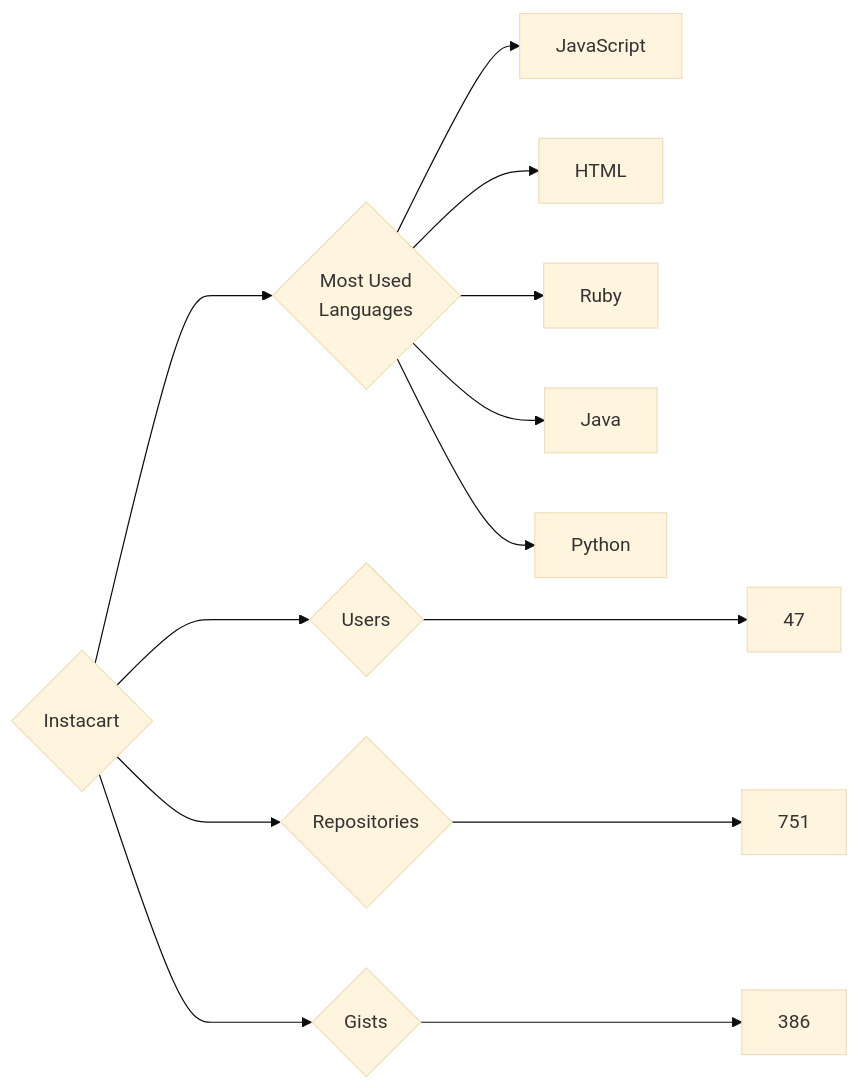
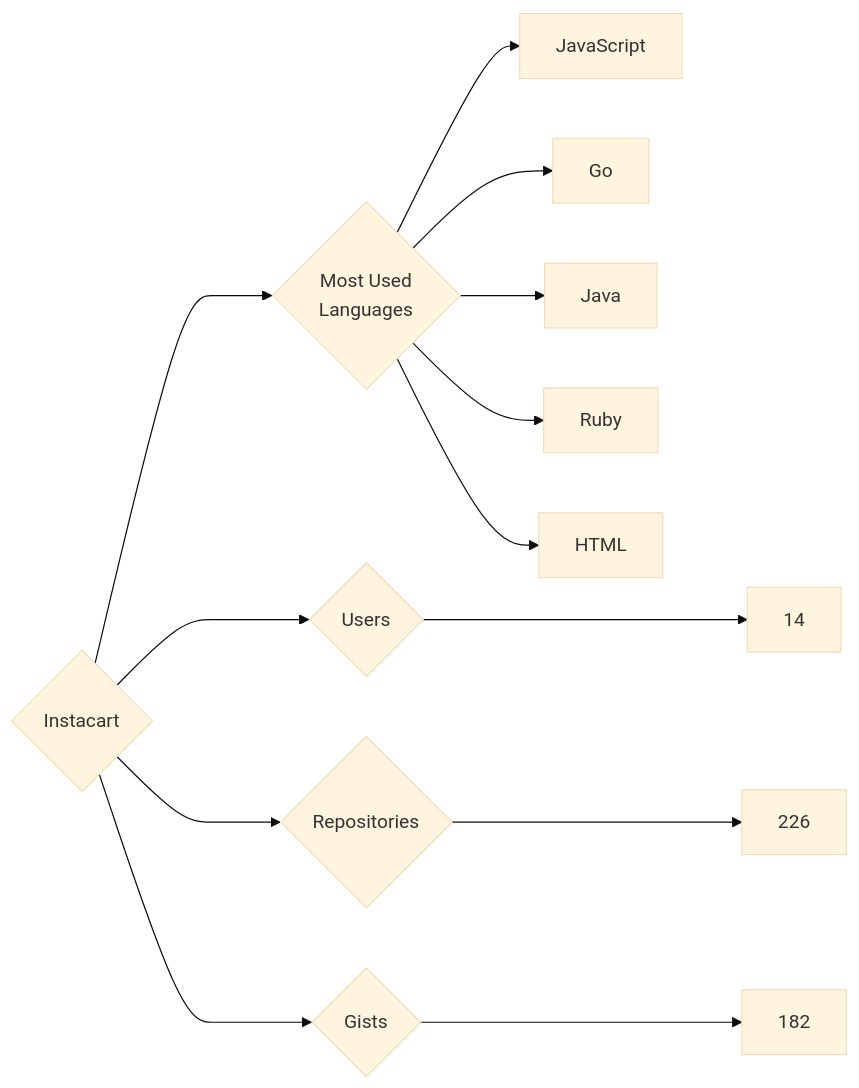
One commit to trickest/insiders changed the diagram in targets/Instacart/README.md. Above: the diagram before and after it, drawn with Mermaid (base theme). The commit also changed 782 other files, not shown here.

````diff
--- a/targets/Instacart/README.md
+++ b/targets/Instacart/README.md
@@ -3,13 +3,13 @@
 ```mermaid
 graph LR
 COMPANY_NAME{Instacart}
-COMPANY_NAME ---> U{Users} ---> UN[47]
-COMPANY_NAME ---> R{Repositories} ---> RN[751]
-COMPANY_NAME ---> G{Gists} ---> GN[386]
+COMPANY_NAME ---> U{Users} ---> UN[14]
+COMPANY_NAME ---> R{Repositories} ---> RN[226]
+COMPANY_NAME ---> G{Gists} ---> GN[182]
 COMPANY_NAME ---> ML{Most Used<br>Languages}
 ML --> JavaScript[JavaScript]
+ML --> Go[Go]
+ML --> Java[Java]
+ML --> Ruby[Ruby]
 ML --> HTML[HTML]
-ML --> Ruby[Ruby]
-ML --> Java[Java]
-ML --> Python[Python]
 ```
````
